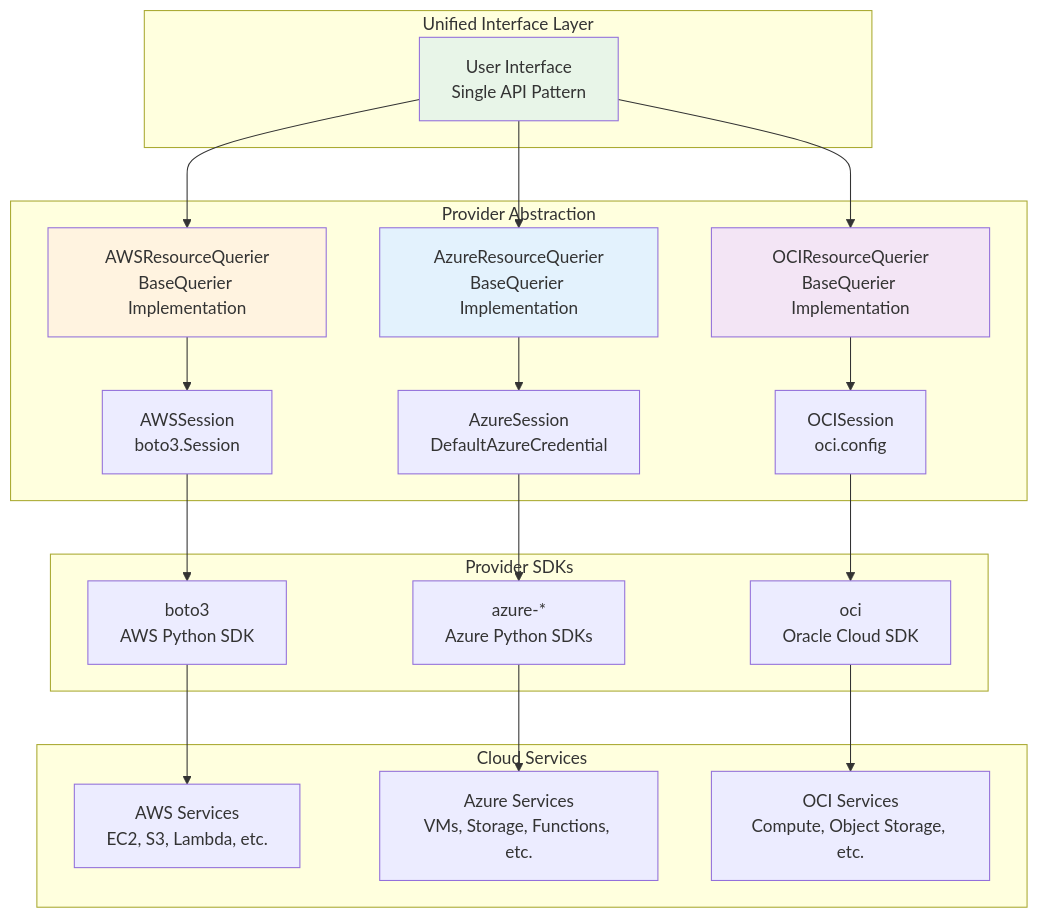
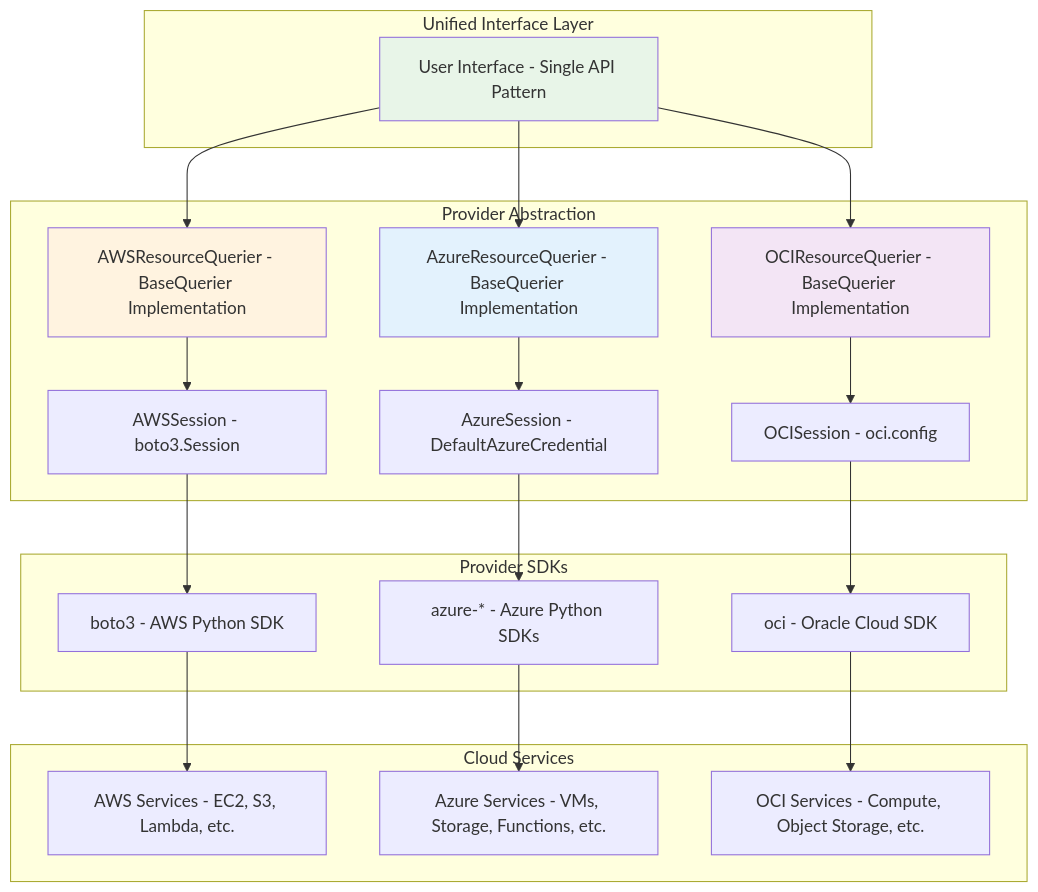
Before and after one commit to paihari/documentation-syntropai: the sixth of 8 diagrams in ARCHITECTURE.md, drawn with Mermaid. The commit also changed other lines of this file, not shown here.

First line of the commit message:
Fix all Mermaid diagram rendering issues

````diff
--- a/ARCHITECTURE.md
+++ b/ARCHITECTURE.md
@@ -202,49 +202,49 @@
 ```mermaid
 graph TB
     subgraph "Unified Interface Layer"
-        UI[User Interface<br/>Single API Pattern]
+        UI[User Interface - Single API Pattern]
     end
     
     subgraph "Provider Abstraction"
-        AWS_S[AWSSession<br/>boto3.Session]
-        Azure_S[AzureSession<br/>DefaultAzureCredential]
-        OCI_S[OCISession<br/>oci.config]
+        AWS_S[AWSSession - boto3.Session]
+        Azure_S[AzureSession - DefaultAzureCredential]
+        OCI_S[OCISession - oci.config]
         
-        AWS_Q[AWSResourceQuerier<br/>BaseQuerier Implementation]
-        Azure_Q[AzureResourceQuerier<br/>BaseQuerier Implementation] 
-        OCI_Q[OCIResourceQuerier<br/>BaseQuerier Implementation]
+        AWS_Q[AWSResourceQuerier - BaseQuerier Implementation]
+        Azure_Q[AzureResourceQuerier - BaseQuerier Implementation] 
+        OCI_Q[OCIResourceQuerier - BaseQuerier Implementation]
     end
     
     subgraph "Provider SDKs"
-        Boto3[boto3<br/>AWS Python SDK]
-        AzureSDK[azure-*<br/>Azure Python SDKs]
-        OCISDK[oci<br/>Oracle Cloud SDK]
+        Boto3[boto3 - AWS Python SDK]
+        AzureSDK[azure-* - Azure Python SDKs]
+        OCISDK[oci - Oracle Cloud SDK]
     end
     
     subgraph "Cloud Services"
-        AWS_Services[AWS Services<br/>EC2, S3, Lambda, etc.]
-        Azure_Services[Azure Services<br/>VMs, Storage, Functions, etc.]
-        OCI_Services[OCI Services<br/>Compute, Object Storage, etc.]
+        AWS_Services[AWS Services - EC2, S3, Lambda, etc.]
+        Azure_Services[Azure Services - VMs, Storage, Functions, etc.]
+        OCI_Services[OCI Services - Compute, Object Storage, etc.]
     end
     
     UI --> AWS_Q
     UI --> Azure_Q  
     UI --> OCI_Q
     
     AWS_Q --> AWS_S
     Azure_Q --> Azure_S
     OCI_Q --> OCI_S
     
     AWS_S --> Boto3
     Azure_S --> AzureSDK
     OCI_S --> OCISDK
     
     Boto3 --> AWS_Services
     AzureSDK --> Azure_Services
     OCISDK --> OCI_Services
     
     style UI fill:#e8f5e8
     style AWS_Q fill:#fff3e0
     style Azure_Q fill:#e3f2fd
     style OCI_Q fill:#f3e5f5
 ```
````
